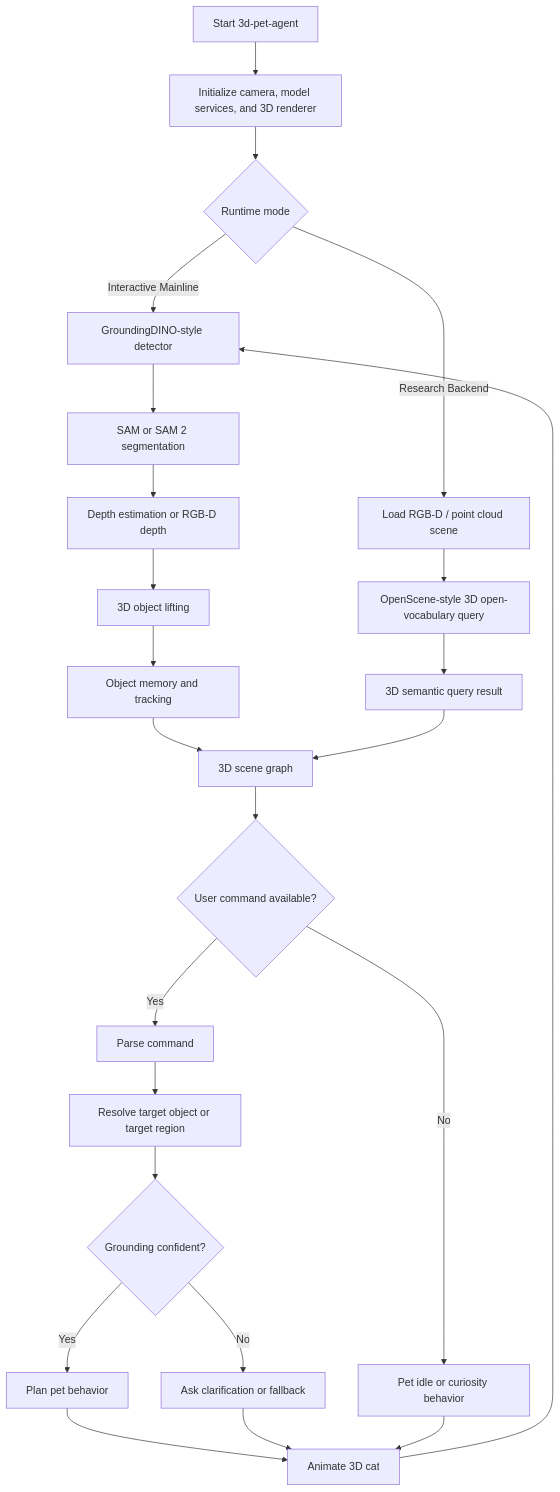
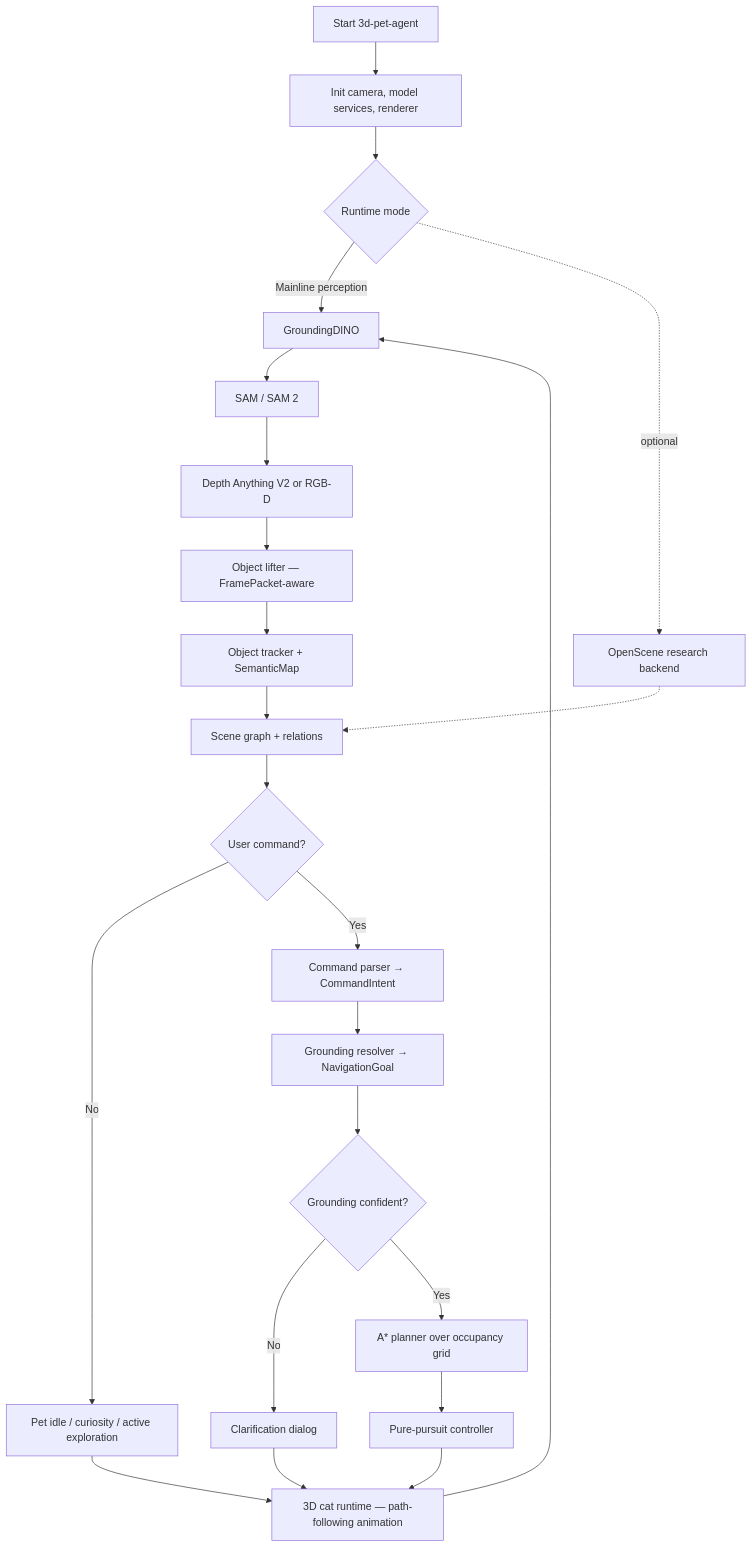
One commit to SoWiEee/3D-pet-agent changed the first of 2 diagrams in docs/spec.md. Above: the diagram before and after it, drawn with Mermaid. The commit also changed other lines of this file and 10 other files, not shown here.

````diff
--- a/docs/spec.md
+++ b/docs/spec.md
@@ -150,29 +177,28 @@
 ```mermaid
 flowchart TD
-  A[Start 3d-pet-agent] --> B[Initialize camera, model services, and 3D renderer]
+  A[Start 3d-pet-agent] --> B[Init camera, model services, renderer]
   B --> C{Runtime mode}
 
-  C -->|Interactive Mainline| D[GroundingDINO-style detector]
-  D --> E[SAM or SAM 2 segmentation]
-  E --> F[Depth estimation or RGB-D depth]
-  F --> G[3D object lifting]
-  G --> H[Object memory and tracking]
-  H --> I[3D scene graph]
+  C -->|Mainline perception| D[GroundingDINO]
+  D --> E[SAM / SAM 2]
+  E --> F[Depth Anything V2 or RGB-D]
+  F --> G[Object lifter — FramePacket-aware]
+  G --> H[Object tracker + SemanticMap]
+  H --> I[Scene graph + relations]
 
-  C -->|Research Backend| R[Load RGB-D / point cloud scene]
-  R --> S[OpenScene-style 3D open-vocabulary query]
-  S --> T[3D semantic query result]
-  T --> I
+  C -.optional.-> RB[OpenScene research backend]
+  RB -.-> I
 
-  I --> J{User command available?}
-  J -->|No| K[Pet idle or curiosity behavior]
-  J -->|Yes| L[Parse command]
-  L --> M[Resolve target object or target region]
+  I --> J{User command?}
+  J -->|No| K[Pet idle / curiosity / active exploration]
+  J -->|Yes| L[Command parser → CommandIntent]
+  L --> M[Grounding resolver → NavigationGoal]
   M --> N{Grounding confident?}
-  N -->|Yes| O[Plan pet behavior]
-  N -->|No| P[Ask clarification or fallback]
-  O --> Q[Animate 3D cat]
-  P --> Q
+  N -->|No| Ask[Clarification dialog]
+  N -->|Yes| P[A* planner over occupancy grid]
+  P --> Ctrl[Pure-pursuit controller]
+  Ctrl --> Q[3D cat runtime — path-following animation]
   K --> Q
+  Ask --> Q
   Q --> D
 ```
````
